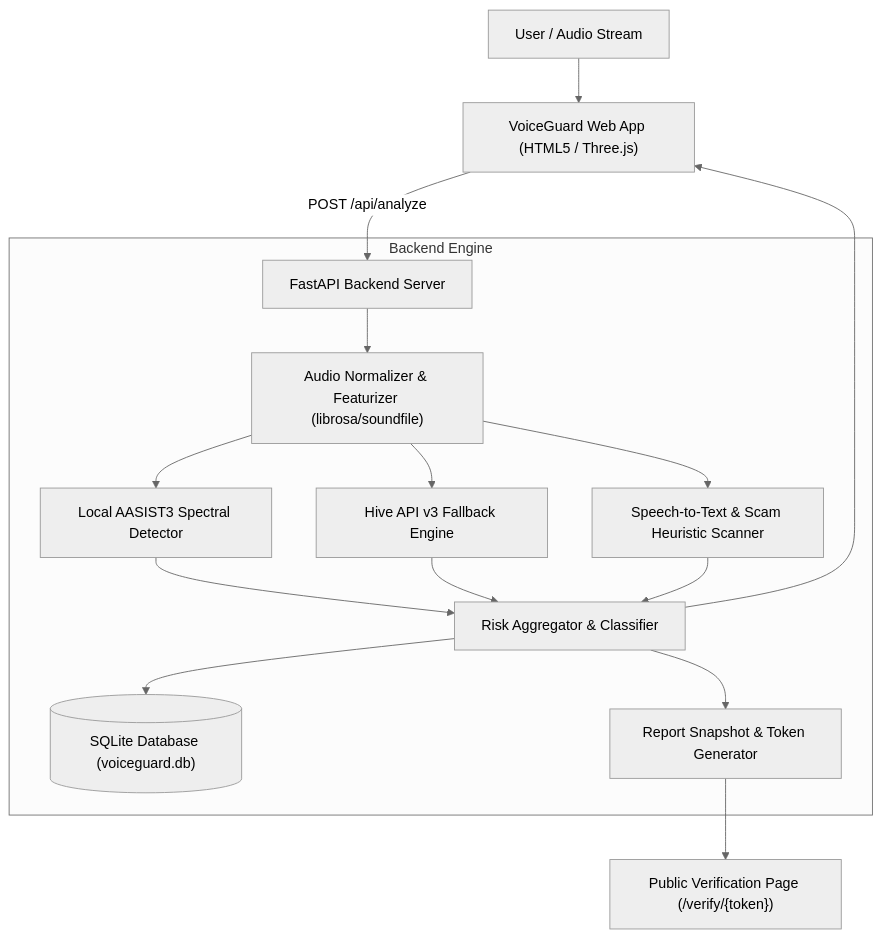
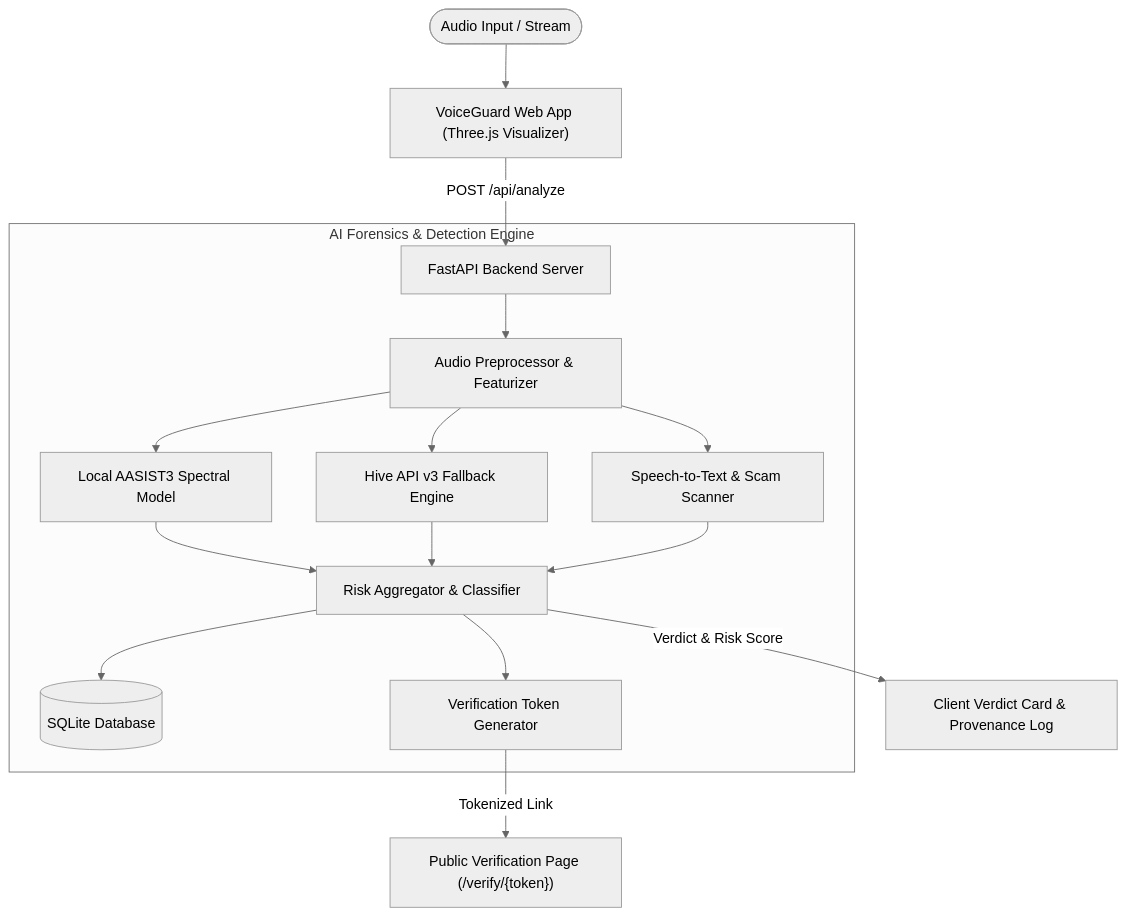
One commit to KRISH3567/VOICEGUARD-AI changed the diagram in README.md. Above: the diagram before and after it, drawn with Mermaid (neutral theme).

Commit message:
fix(docs): resolve Mermaid flowchart render error in README

````diff
--- a/README.md
+++ b/README.md
@@ -41,22 +41,22 @@
 ```mermaid
 flowchart TD
-    User["User / Audio Stream"] --> Frontend["VoiceGuard Web App (HTML5 / Three.js)"]
+    User(["Audio Input / Stream"]) --> Frontend["VoiceGuard Web App (Three.js Visualizer)"]
     Frontend -->|"POST /api/analyze"| API["FastAPI Backend Server"]
 
-    subgraph Backend Engine
-        API --> AudioProc["Audio Normalizer & Featurizer (librosa/soundfile)"]
-        AudioProc --> LocalModel["Local AASIST3 Spectral Detector"]
+    subgraph BackendEngine ["AI Forensics & Detection Engine"]
+        API --> AudioProc["Audio Preprocessor & Featurizer"]
+        AudioProc --> LocalModel["Local AASIST3 Spectral Model"]
         AudioProc --> CloudEngine["Hive API v3 Fallback Engine"]
-        AudioProc --> STT["Speech-to-Text & Scam Heuristic Scanner"]
-        
+        AudioProc --> STT["Speech-to-Text & Scam Scanner"]
+
         LocalModel --> Scoring["Risk Aggregator & Classifier"]
         CloudEngine --> Scoring
         STT --> Scoring
-        
-        Scoring --> DB[("SQLite Database (voiceguard.db)")]
-        Scoring --> TokenService["Report Snapshot & Token Generator"]
+
+        Scoring --> DB[("SQLite Database")]
+        Scoring --> TokenService["Verification Token Generator"]
     end
 
-    TokenService --> VerifyPage["Public Verification Page (/verify/{token})"]
-    Scoring --> Frontend
+    Scoring -->|"Verdict & Risk Score"| VerdictCard["Client Verdict Card & Provenance Log"]
+    TokenService -->|"Tokenized Link"| VerifyPage["Public Verification Page (/verify/{token})"]
 ```
````
